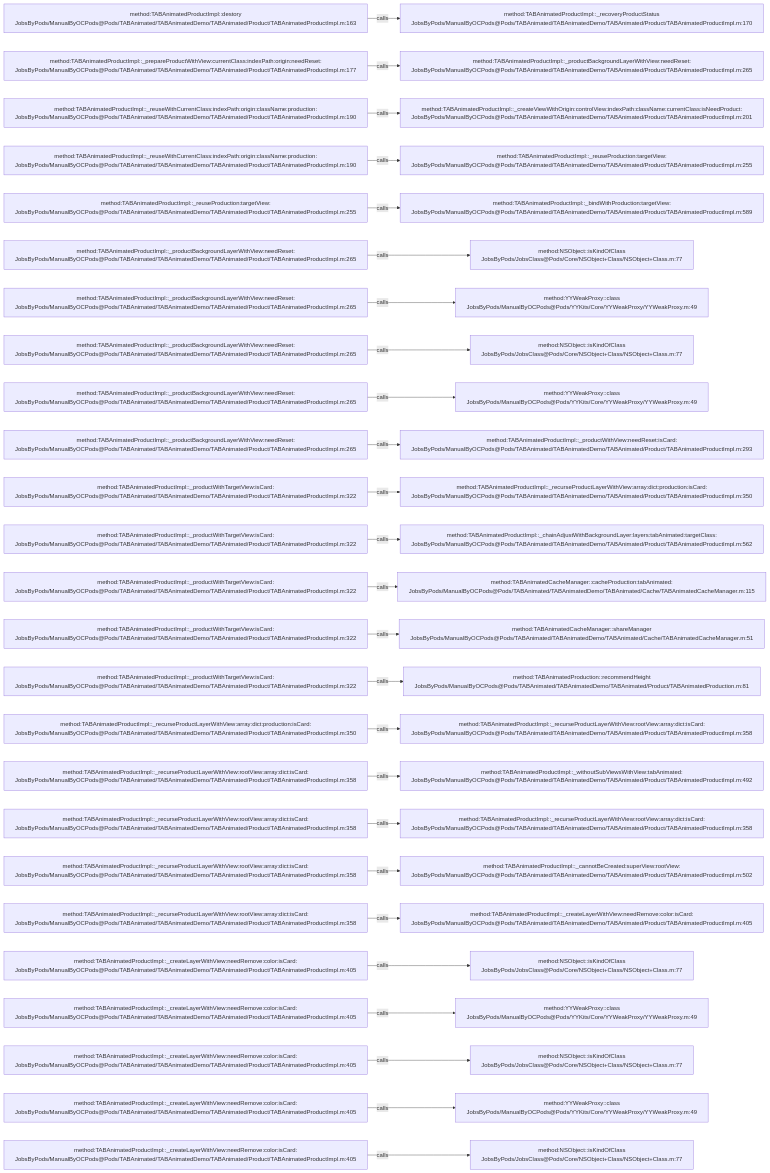
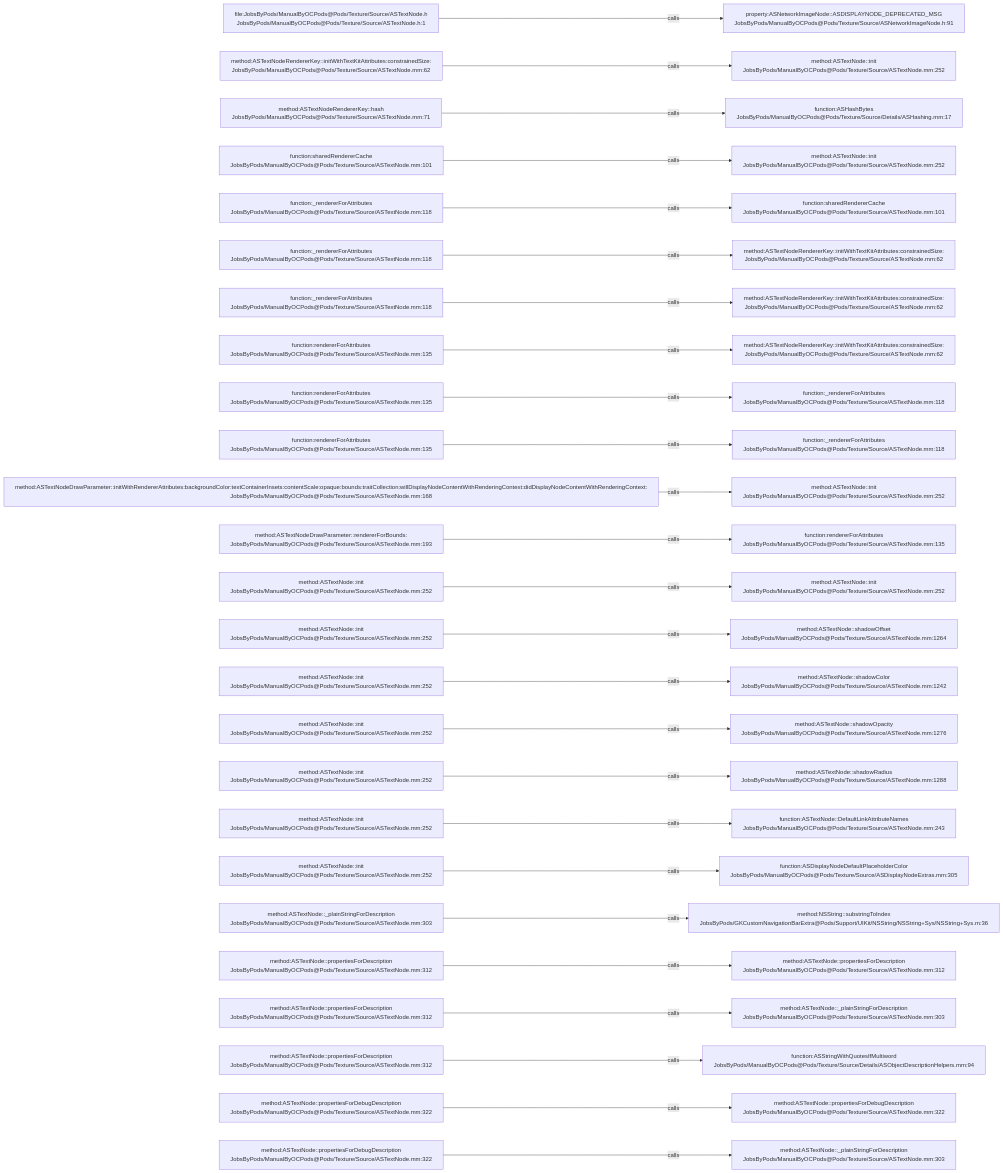
One commit to JobsKits/JobsOCBaseConfigDemo changed the diagram in .codegraph/codegraph.md/graphs/calls-141.md. Above: the diagram before and after it, drawn with Mermaid. The commit also changed 2162 other files, not shown here.

````diff
--- a/.codegraph/codegraph.md/graphs/calls-141.md
+++ b/.codegraph/codegraph.md/graphs/calls-141.md
@@ -13,78 +13,78 @@
 ```mermaid
 flowchart LR
-  S1["method:TABAnimatedProductImpl::destory<br/>JobsByPods/ManualByOCPods@Pods/TABAnimated/TABAnimatedDemo/TABAnimated/Product/TABAnimatedProductImpl.m:163"]
-  T1["method:TABAnimatedProductImpl::_recoveryProductStatus<br/>JobsByPods/ManualByOCPods@Pods/TABAnimated/TABAnimatedDemo/TABAnimated/Product/TABAnimatedProductImpl.m:170"]
+  S1["file:JobsByPods/ManualByOCPods@Pods/Texture/Source/ASTextNode.h<br/>JobsByPods/ManualByOCPods@Pods/Texture/Source/ASTextNode.h:1"]
+  T1["property:ASNetworkImageNode::ASDISPLAYNODE_DEPRECATED_MSG<br/>JobsByPods/ManualByOCPods@Pods/Texture/Source/ASNetworkImageNode.h:91"]
   S1 -->|calls| T1
-  S2["method:TABAnimatedProductImpl::_prepareProductWithView:currentClass:indexPath:origin:needReset:<br/>JobsByPods/ManualByOCPods@Pods/TABAnimated/TABAnimatedDemo/TABAnimated/Product/TABAnimatedProductImpl.m:177"]
-  T2["method:TABAnimatedProductImpl::_productBackgroundLayerWithView:needReset:<br/>JobsByPods/ManualByOCPods@Pods/TABAnimated/TABAnimatedDemo/TABAnimated/Product/TABAnimatedProductImpl.m:265"]
+  S2["method:ASTextNodeRendererKey::initWithTextKitAttributes:constrainedSize:<br/>JobsByPods/ManualByOCPods@Pods/Texture/Source/ASTextNode.mm:62"]
+  T2["method:ASTextNode::init<br/>JobsByPods/ManualByOCPods@Pods/Texture/Source/ASTextNode.mm:252"]
   S2 -->|calls| T2
-  S3["method:TABAnimatedProductImpl::_reuseWithCurrentClass:indexPath:origin:className:production:<br/>JobsByPods/ManualByOCPods@Pods/TABAnimated/TABAnimatedDemo/TABAnimated/Product/TABAnimatedProductImpl.m:190"]
-  T3["method:TABAnimatedProductImpl::_createViewWithOrigin:controlView:indexPath:className:currentClass:isNeedProduct:<br/>JobsByPods/ManualByOCPods@Pods/TABAnimated/TABAnimatedDemo/TABAnimated/Product/TABAnimatedProductImpl.m:201"]
+  S3["method:ASTextNodeRendererKey::hash<br/>JobsByPods/ManualByOCPods@Pods/Texture/Source/ASTextNode.mm:71"]
+  T3["function:ASHashBytes<br/>JobsByPods/ManualByOCPods@Pods/Texture/Source/Details/ASHashing.mm:17"]
   S3 -->|calls| T3
-  S4["method:TABAnimatedProductImpl::_reuseWithCurrentClass:indexPath:origin:className:production:<br/>JobsByPods/ManualByOCPods@Pods/TABAnimated/TABAnimatedDemo/TABAnimated/Product/TABAnimatedProductImpl.m:190"]
-  T4["method:TABAnimatedProductImpl::_reuseProduction:targetView:<br/>JobsByPods/ManualByOCPods@Pods/TABAnimated/TABAnimatedDemo/TABAnimated/Product/TABAnimatedProductImpl.m:255"]
+  S4["function:sharedRendererCache<br/>JobsByPods/ManualByOCPods@Pods/Texture/Source/ASTextNode.mm:101"]
+  T4["method:ASTextNode::init<br/>JobsByPods/ManualByOCPods@Pods/Texture/Source/ASTextNode.mm:252"]
   S4 -->|calls| T4
-  S5["method:TABAnimatedProductImpl::_reuseProduction:targetView:<br/>JobsByPods/ManualByOCPods@Pods/TABAnimated/TABAnimatedDemo/TABAnimated/Product/TABAnimatedProductImpl.m:255"]
-  T5["method:TABAnimatedProductImpl::_bindWithProduction:targetView:<br/>JobsByPods/ManualByOCPods@Pods/TABAnimated/TABAnimatedDemo/TABAnimated/Product/TABAnimatedProductImpl.m:589"]
+  S5["function:_rendererForAttributes<br/>JobsByPods/ManualByOCPods@Pods/Texture/Source/ASTextNode.mm:118"]
+  T5["function:sharedRendererCache<br/>JobsByPods/ManualByOCPods@Pods/Texture/Source/ASTextNode.mm:101"]
   S5 -->|calls| T5
-  S6["method:TABAnimatedProductImpl::_productBackgroundLayerWithView:needReset:<br/>JobsByPods/ManualByOCPods@Pods/TABAnimated/TABAnimatedDemo/TABAnimated/Product/TABAnimatedProductImpl.m:265"]
-  T6["method:NSObject::isKindOfClass<br/>JobsByPods/JobsClass@Pods/Core/NSObject+Class/NSObject+Class.m:77"]
+  S6["function:_rendererForAttributes<br/>JobsByPods/ManualByOCPods@Pods/Texture/Source/ASTextNode.mm:118"]
+  T6["method:ASTextNodeRendererKey::initWithTextKitAttributes:constrainedSize:<br/>JobsByPods/ManualByOCPods@Pods/Texture/Source/ASTextNode.mm:62"]
   S6 -->|calls| T6
-  S7["method:TABAnimatedProductImpl::_productBackgroundLayerWithView:needReset:<br/>JobsByPods/ManualByOCPods@Pods/TABAnimated/TABAnimatedDemo/TABAnimated/Product/TABAnimatedProductImpl.m:265"]
-  T7["method:YYWeakProxy::class<br/>JobsByPods/ManualByOCPods@Pods/YYKits/Core/YYWeakProxy/YYWeakProxy.m:49"]
+  S7["function:_rendererForAttributes<br/>JobsByPods/ManualByOCPods@Pods/Texture/Source/ASTextNode.mm:118"]
+  T7["method:ASTextNodeRendererKey::initWithTextKitAttributes:constrainedSize:<br/>JobsByPods/ManualByOCPods@Pods/Texture/Source/ASTextNode.mm:62"]
   S7 -->|calls| T7
-  S8["method:TABAnimatedProductImpl::_productBackgroundLayerWithView:needReset:<br/>JobsByPods/ManualByOCPods@Pods/TABAnimated/TABAnimatedDemo/TABAnimated/Product/TABAnimatedProductImpl.m:265"]
-  T8["method:NSObject::isKindOfClass<br/>JobsByPods/JobsClass@Pods/Core/NSObject+Class/NSObject+Class.m:77"]
+  S8["function:rendererForAttributes<br/>JobsByPods/ManualByOCPods@Pods/Texture/Source/ASTextNode.mm:135"]
+  T8["method:ASTextNodeRendererKey::initWithTextKitAttributes:constrainedSize:<br/>JobsByPods/ManualByOCPods@Pods/Texture/Source/ASTextNode.mm:62"]
   S8 -->|calls| T8
-  S9["method:TABAnimatedProductImpl::_productBackgroundLayerWithView:needReset:<br/>JobsByPods/ManualByOCPods@Pods/TABAnimated/TABAnimatedDemo/TABAnimated/Product/TABAnimatedProductImpl.m:265"]
-  T9["method:YYWeakProxy::class<br/>JobsByPods/ManualByOCPods@Pods/YYKits/Core/YYWeakProxy/YYWeakProxy.m:49"]
+  S9["function:rendererForAttributes<br/>JobsByPods/ManualByOCPods@Pods/Texture/Source/ASTextNode.mm:135"]
+  T9["function:_rendererForAttributes<br/>JobsByPods/ManualByOCPods@Pods/Texture/Source/ASTextNode.mm:118"]
   S9 -->|calls| T9
-  S10["method:TABAnimatedProductImpl::_productBackgroundLayerWithView:needReset:<br/>JobsByPods/ManualByOCPods@Pods/TABAnimated/TABAnimatedDemo/TABAnimated/Product/TABAnimatedProductImpl.m:265"]
-  T10["method:TABAnimatedProductImpl::_productWithView:needReset:isCard:<br/>JobsByPods/ManualByOCPods@Pods/TABAnimated/TABAnimatedDemo/TABAnimated/Product/TABAnimatedProductImpl.m:293"]
+  S10["function:rendererForAttributes<br/>JobsByPods/ManualByOCPods@Pods/Texture/Source/ASTextNode.mm:135"]
+  T10["function:_rendererForAttributes<br/>JobsByPods/ManualByOCPods@Pods/Texture/Source/ASTextNode.mm:118"]
   S10 -->|calls| T10
-  S11["method:TABAnimatedProductImpl::_productWithTargetView:isCard:<br/>JobsByPods/ManualByOCPods@Pods/TABAnimated/TABAnimatedDemo/TABAnimated/Product/TABAnimatedProductImpl.m:322"]
-  T11["method:TABAnimatedProductImpl::_recurseProductLayerWithView:array:dict:production:isCard:<br/>JobsByPods/ManualByOCPods@Pods/TABAnimated/TABAnimatedDemo/TABAnimated/Product/TABAnimatedProductImpl.m:350"]
+  S11["method:ASTextNodeDrawParameter::initWithRendererAttributes:backgroundColor:textContainerInsets:contentScale:opaque:bounds:traitCollection:willDisplayNodeContentWithRenderingContext:didDisplayNodeContentWithRenderingContext:<br/>JobsByPods/ManualByOCPods@Pods/Texture/Source/ASTextNode.mm:168"]
+  T11["method:ASTextNode::init<br/>JobsByPods/ManualByOCPods@Pods/Texture/Source/ASTextNode.mm:252"]
   S11 -->|calls| T11
-  S12["method:TABAnimatedProductImpl::_productWithTargetView:isCard:<br/>JobsByPods/ManualByOCPods@Pods/TABAnimated/TABAnimatedDemo/TABAnimated/Product/TABAnimatedProductImpl.m:322"]
-  T12["method:TABAnimatedProductImpl::_chainAdjustWithBackgroundLayer:layers:tabAnimated:targetClass:<br/>JobsByPods/ManualByOCPods@Pods/TABAnimated/TABAnimatedDemo/TABAnimated/Product/TABAnimatedProductImpl.m:562"]
+  S12["method:ASTextNodeDrawParameter::rendererForBounds:<br/>JobsByPods/ManualByOCPods@Pods/Texture/Source/ASTextNode.mm:193"]
+  T12["function:rendererForAttributes<br/>JobsByPods/ManualByOCPods@Pods/Texture/Source/ASTextNode.mm:135"]
   S12 -->|calls| T12
-  S13["method:TABAnimatedProductImpl::_productWithTargetView:isCard:<br/>JobsByPods/ManualByOCPods@Pods/TABAnimated/TABAnimatedDemo/TABAnimated/Product/TABAnimatedProductImpl.m:322"]
-  T13["method:TABAnimatedCacheManager::cacheProduction:tabAnimated:<br/>JobsByPods/ManualByOCPods@Pods/TABAnimated/TABAnimatedDemo/TABAnimated/Cache/TABAnimatedCacheManager.m:115"]
+  S13["method:ASTextNode::init<br/>JobsByPods/ManualByOCPods@Pods/Texture/Source/ASTextNode.mm:252"]
+  T13["method:ASTextNode::init<br/>JobsByPods/ManualByOCPods@Pods/Texture/Source/ASTextNode.mm:252"]
   S13 -->|calls| T13
-  S14["method:TABAnimatedProductImpl::_productWithTargetView:isCard:<br/>JobsByPods/ManualByOCPods@Pods/TABAnimated/TABAnimatedDemo/TABAnimated/Product/TABAnimatedProductImpl.m:322"]
-  T14["method:TABAnimatedCacheManager::shareManager<br/>JobsByPods/ManualByOCPods@Pods/TABAnimated/TABAnimatedDemo/TABAnimated/Cache/TABAnimatedCacheManager.m:51"]
+  S14["method:ASTextNode::init<br/>JobsByPods/ManualByOCPods@Pods/Texture/Source/ASTextNode.mm:252"]
+  T14["method:ASTextNode::shadowOffset<br/>JobsByPods/ManualByOCPods@Pods/Texture/Source/ASTextNode.mm:1264"]
   S14 -->|calls| T14
-  S15["method:TABAnimatedProductImpl::_productWithTargetView:isCard:<br/>JobsByPods/ManualByOCPods@Pods/TABAnimated/TABAnimatedDemo/TABAnimated/Product/TABAnimatedProductImpl.m:322"]
-  T15["method:TABAnimatedProduction::recommendHeight<br/>JobsByPods/ManualByOCPods@Pods/TABAnimated/TABAnimatedDemo/TABAnimated/Product/TABAnimatedProduction.m:81"]
+  S15["method:ASTextNode::init<br/>JobsByPods/ManualByOCPods@Pods/Texture/Source/ASTextNode.mm:252"]
+  T15["method:ASTextNode::shadowColor<br/>JobsByPods/ManualByOCPods@Pods/Texture/Source/ASTextNode.mm:1242"]
   S15 -->|calls| T15
-  S16["method:TABAnimatedProductImpl::_recurseProductLayerWithView:array:dict:production:isCard:<br/>JobsByPods/ManualByOCPods@Pods/TABAnimated/TABAnimatedDemo/TABAnimated/Product/TABAnimatedProductImpl.m:350"]
-  T16["method:TABAnimatedProductImpl::_recurseProductLayerWithView:rootView:array:dict:isCard:<br/>JobsByPods/ManualByOCPods@Pods/TABAnimated/TABAnimatedDemo/TABAnimated/Product/TABAnimatedProductImpl.m:358"]
+  S16["method:ASTextNode::init<br/>JobsByPods/ManualByOCPods@Pods/Texture/Source/ASTextNode.mm:252"]
+  T16["method:ASTextNode::shadowOpacity<br/>JobsByPods/ManualByOCPods@Pods/Texture/Source/ASTextNode.mm:1276"]
   S16 -->|calls| T16
-  S17["method:TABAnimatedProductImpl::_recurseProductLayerWithView:rootView:array:dict:isCard:<br/>JobsByPods/ManualByOCPods@Pods/TABAnimated/TABAnimatedDemo/TABAnimated/Product/TABAnimatedProductImpl.m:358"]
-  T17["method:TABAnimatedProductImpl::_withoutSubViewsWithView:tabAnimated:<br/>JobsByPods/ManualByOCPods@Pods/TABAnimated/TABAnimatedDemo/TABAnimated/Product/TABAnimatedProductImpl.m:492"]
+  S17["method:ASTextNode::init<br/>JobsByPods/ManualByOCPods@Pods/Texture/Source/ASTextNode.mm:252"]
+  T17["method:ASTextNode::shadowRadius<br/>JobsByPods/ManualByOCPods@Pods/Texture/Source/ASTextNode.mm:1288"]
   S17 -->|calls| T17
-  S18["method:TABAnimatedProductImpl::_recurseProductLayerWithView:rootView:array:dict:isCard:<br/>JobsByPods/ManualByOCPods@Pods/TABAnimated/TABAnimatedDemo/TABAnimated/Product/TABAnimatedProductImpl.m:358"]
-  T18["method:TABAnimatedProductImpl::_recurseProductLayerWithView:rootView:array:dict:isCard:<br/>JobsByPods/ManualByOCPods@Pods/TABAnimated/TABAnimatedDemo/TABAnimated/Product/TABAnimatedProductImpl.m:358"]
+  S18["method:ASTextNode::init<br/>JobsByPods/ManualByOCPods@Pods/Texture/Source/ASTextNode.mm:252"]
+  T18["function:ASTextNode::DefaultLinkAttributeNames<br/>JobsByPods/ManualByOCPods@Pods/Texture/Source/ASTextNode.mm:243"]
   S18 -->|calls| T18
-  S19["method:TABAnimatedProductImpl::_recurseProductLayerWithView:rootView:array:dict:isCard:<br/>JobsByPods/ManualByOCPods@Pods/TABAnimated/TABAnimatedDemo/TABAnimated/Product/TABAnimatedProductImpl.m:358"]
-  T19["method:TABAnimatedProductImpl::_cannotBeCreated:superView:rootView:<br/>JobsByPods/ManualByOCPods@Pods/TABAnimated/TABAnimatedDemo/TABAnimated/Product/TABAnimatedProductImpl.m:502"]
+  S19["method:ASTextNode::init<br/>JobsByPods/ManualByOCPods@Pods/Texture/Source/ASTextNode.mm:252"]
+  T19["function:ASDisplayNodeDefaultPlaceholderColor<br/>JobsByPods/ManualByOCPods@Pods/Texture/Source/ASDisplayNodeExtras.mm:305"]
   S19 -->|calls| T19
-  S20["method:TABAnimatedProductImpl::_recurseProductLayerWithView:rootView:array:dict:isCard:<br/>JobsByPods/ManualByOCPods@Pods/TABAnimated/TABAnimatedDemo/TABAnimated/Product/TABAnimatedProductImpl.m:358"]
-  T20["method:TABAnimatedProductImpl::_createLayerWithView:needRemove:color:isCard:<br/>JobsByPods/ManualByOCPods@Pods/TABAnimated/TABAnimatedDemo/TABAnimated/Product/TABAnimatedProductImpl.m:405"]
+  S20["method:ASTextNode::_plainStringForDescription<br/>JobsByPods/ManualByOCPods@Pods/Texture/Source/ASTextNode.mm:303"]
+  T20["method:NSString::substringToIndex<br/>JobsByPods/GKCustomNavigationBarExtra@Pods/Support/UIKit/NSString/NSString+Sys/NSString+Sys.m:36"]
   S20 -->|calls| T20
-  S21["method:TABAnimatedProductImpl::_createLayerWithView:needRemove:color:isCard:<br/>JobsByPods/ManualByOCPods@Pods/TABAnimated/TABAnimatedDemo/TABAnimated/Product/TABAnimatedProductImpl.m:405"]
-  T21["method:NSObject::isKindOfClass<br/>JobsByPods/JobsClass@Pods/Core/NSObject+Class/NSObject+Class.m:77"]
+  S21["method:ASTextNode::propertiesForDescription<br/>JobsByPods/ManualByOCPods@Pods/Texture/Source/ASTextNode.mm:312"]
+  T21["method:ASTextNode::propertiesForDescription<br/>JobsByPods/ManualByOCPods@Pods/Texture/Source/ASTextNode.mm:312"]
   S21 -->|calls| T21
-  S22["method:TABAnimatedProductImpl::_createLayerWithView:needRemove:color:isCard:<br/>JobsByPods/ManualByOCPods@Pods/TABAnimated/TABAnimatedDemo/TABAnimated/Product/TABAnimatedProductImpl.m:405"]
-  T22["method:YYWeakProxy::class<br/>JobsByPods/ManualByOCPods@Pods/YYKits/Core/YYWeakProxy/YYWeakProxy.m:49"]
+  S22["method:ASTextNode::propertiesForDescription<br/>JobsByPods/ManualByOCPods@Pods/Texture/Source/ASTextNode.mm:312"]
+  T22["method:ASTextNode::_plainStringForDescription<br/>JobsByPods/ManualByOCPods@Pods/Texture/Source/ASTextNode.mm:303"]
   S22 -->|calls| T22
-  S23["method:TABAnimatedProductImpl::_createLayerWithView:needRemove:color:isCard:<br/>JobsByPods/ManualByOCPods@Pods/TABAnimated/TABAnimatedDemo/TABAnimated/Product/TABAnimatedProductImpl.m:405"]
-  T23["method:NSObject::isKindOfClass<br/>JobsByPods/JobsClass@Pods/Core/NSObject+Class/NSObject+Class.m:77"]
+  S23["method:ASTextNode::propertiesForDescription<br/>JobsByPods/ManualByOCPods@Pods/Texture/Source/ASTextNode.mm:312"]
+  T23["function:ASStringWithQuotesIfMultiword<br/>JobsByPods/ManualByOCPods@Pods/Texture/Source/Details/ASObjectDescriptionHelpers.mm:94"]
   S23 -->|calls| T23
-  S24["method:TABAnimatedProductImpl::_createLayerWithView:needRemove:color:isCard:<br/>JobsByPods/ManualByOCPods@Pods/TABAnimated/TABAnimatedDemo/TABAnimated/Product/TABAnimatedProductImpl.m:405"]
-  T24["method:YYWeakProxy::class<br/>JobsByPods/ManualByOCPods@Pods/YYKits/Core/YYWeakProxy/YYWeakProxy.m:49"]
+  S24["method:ASTextNode::propertiesForDebugDescription<br/>JobsByPods/ManualByOCPods@Pods/Texture/Source/ASTextNode.mm:322"]
+  T24["method:ASTextNode::propertiesForDebugDescription<br/>JobsByPods/ManualByOCPods@Pods/Texture/Source/ASTextNode.mm:322"]
   S24 -->|calls| T24
-  S25["method:TABAnimatedProductImpl::_createLayerWithView:needRemove:color:isCard:<br/>JobsByPods/ManualByOCPods@Pods/TABAnimated/TABAnimatedDemo/TABAnimated/Product/TABAnimatedProductImpl.m:405"]
-  T25["method:NSObject::isKindOfClass<br/>JobsByPods/JobsClass@Pods/Core/NSObject+Class/NSObject+Class.m:77"]
+  S25["method:ASTextNode::propertiesForDebugDescription<br/>JobsByPods/ManualByOCPods@Pods/Texture/Source/ASTextNode.mm:322"]
+  T25["method:ASTextNode::_plainStringForDescription<br/>JobsByPods/ManualByOCPods@Pods/Texture/Source/ASTextNode.mm:303"]
   S25 -->|calls| T25
 ```
````
